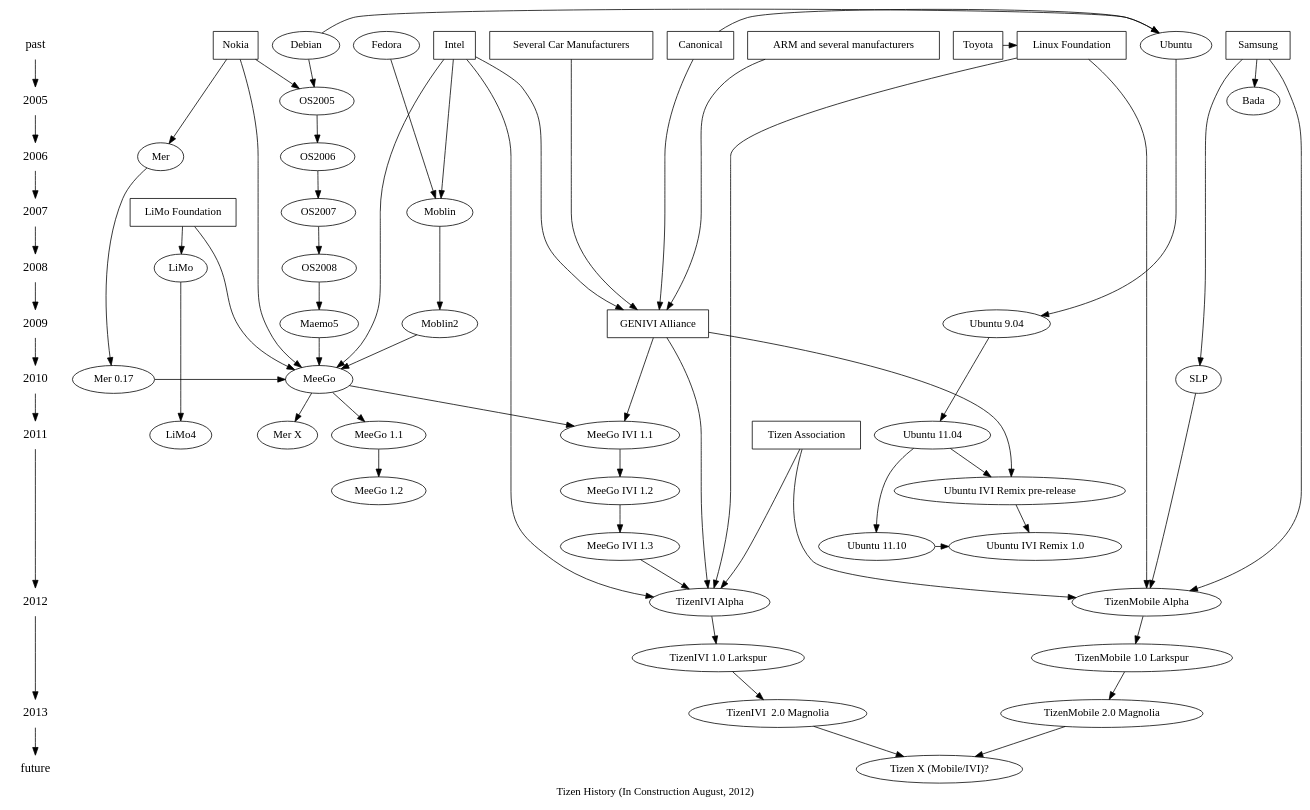
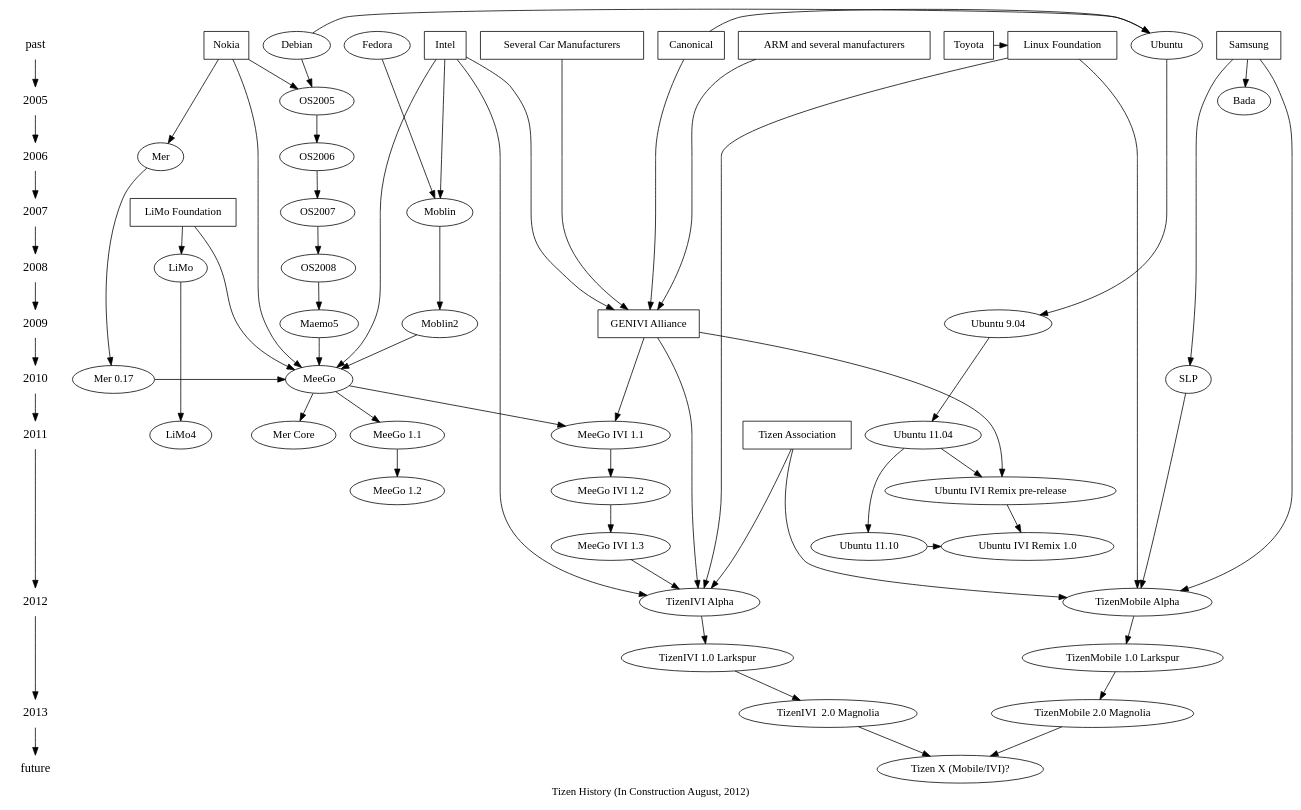
One commit to kumadasu/tizen-history changed the diagram in tizen-history.dot. Above: the diagram before and after it, drawn with Graphviz. The commit also changed 1 other file, not shown here.

Commit message:
Rename 'Mer X' to 'Mer Core'.

```diff
--- a/tizen-history.dot
+++ b/tizen-history.dot
@@ -1,87 +1,87 @@
 digraph tizenhistory {
 graph [label="Tizen History (In Construction August, 2012)"]
 /*timeline*/
 {
 	node [shape=plaintext, fontsize=16];
 	"past" -> /*1990 ->
 	1991 -> 1992 -> 1993 -> 1994 -> 1995 ->
 	1996 -> 1997 -> 1998 -> 1999 -> 2000 ->
 	2001 -> 2002 -> 2003 -> 2004 ->*/ 2005 ->
 	2006 -> 2007 -> 2008 -> 2009 -> 2010 ->
 	2011 -> 2012 -> 2013 -> "future";
 }
 
 /* Organizations */
 {
 	node [shape=box];
 	{ rank = same; "past"; "Nokia"}
 	{ rank = same; "past"; "Intel"}
 	{ rank = same; "past"; "Samsung"}
 	{ rank = same; "past"; "ARM and several manufacturers"}
 	{ rank = same; "past"; "Several Car Manufacturers"}
 	{ rank = same; "past"; "Canonical"}
 	{ rank = same; "past"; "Linux Foundation"}
 	{ rank = same; "past"; "Toyota"}
 	{ rank = same; "2007"; "LiMo Foundation"}
 	{ rank = same; "2009"; "GENIVI Alliance"}
 	{ rank = same; "2011"; "Tizen Association"} //?
 "Toyota" -> "Linux Foundation";
 "Intel" -> "GENIVI Alliance";
 "Several Car Manufacturers" -> "GENIVI Alliance";
 "ARM and several manufacturers" -> "GENIVI Alliance";
 "Canonical" -> "GENIVI Alliance";
 }
 
 /* Technologies */
 {
 	node [shape=plaintext];
 //	"HTML5";
 }
 
 /* OS */
 { rank = same; "past"; "Ubuntu"; "Fedora"; "Debian"}
 { rank = same; 2005; "OS2005"}
 { rank = same; 2006; "OS2006"}
 { rank = same; 2007; "OS2007"; "Moblin"}
 { rank = same; 2008; "OS2008"; "LiMo"}
 { rank = same; 2009; "Maemo5"; "Moblin2"; "Ubuntu 9.04"}
 { rank = same; 2010; "MeeGo"; "Mer 0.17"; "SLP"}
 { rank = same; 2011; "Ubuntu 11.04"; "LiMo4"}
 { rank = same; "Ubuntu 11.10"; "Ubuntu IVI Remix 1.0"}
 { rank = same; 2012; "TizenMobile Alpha"; "TizenIVI Alpha"};
 { rank = same; "TizenMobile 1.0 Larkspur"; "TizenIVI 1.0 Larkspur"}
 { rank = same; 2013; "TizenMobile 2.0 Magnolia"; "TizenIVI  2.0 Magnolia" }
 	"Debian" -> "Ubuntu";
 	"Debian" -> "OS2005" -> "OS2006" -> "OS2007" -> "OS2008" -> "Maemo5" -> "MeeGo";
 	"Fedora" -> "Moblin" -> "Moblin2" -> "MeeGo";
-	"Mer" -> "Mer 0.17" -> "MeeGo" -> "Mer X";
+	"Mer" -> "Mer 0.17" -> "MeeGo" -> "Mer Core";
 	"LiMo" -> "LiMo4";
 	"MeeGo" -> "MeeGo 1.1" -> "MeeGo 1.2";
 	"MeeGo" -> "MeeGo IVI 1.1" -> "MeeGo IVI 1.2" -> "MeeGo IVI 1.3" -> "TizenIVI Alpha";
 	"SLP" -> "TizenMobile Alpha";
 	"TizenMobile Alpha" -> "TizenMobile 1.0 Larkspur" -> "TizenMobile 2.0 Magnolia" -> "Tizen X (Mobile/IVI)?";
 	"TizenIVI Alpha" -> "TizenIVI 1.0 Larkspur" -> "TizenIVI  2.0 Magnolia" -> "Tizen X (Mobile/IVI)?";
 	"Ubuntu" -> "Ubuntu 9.04" -> "Ubuntu 11.04" -> "Ubuntu 11.10" -> "Ubuntu IVI Remix 1.0";
 	"Ubuntu 11.04" -> "Ubuntu IVI Remix pre-release" -> "Ubuntu IVI Remix 1.0";
 
 "Canonical" -> "Ubuntu";
 "Nokia" -> "OS2005";
 "Intel" -> "Moblin";
 "Intel" -> "MeeGo";
 "Nokia" -> "Mer";
 "Nokia" -> "MeeGo";
 //"Toyota" -> "MeeGo IVI 1.2";
 "Samsung" -> "Bada";
 "Samsung" -> "SLP";
 "Intel" -> "TizenIVI Alpha";
 "Samsung" -> "TizenMobile Alpha";
 "GENIVI Alliance" -> "MeeGo IVI 1.1";
 "GENIVI Alliance" -> "TizenIVI Alpha";
 "GENIVI Alliance" -> "Ubuntu IVI Remix pre-release";
 "LiMo Foundation" -> "LiMo";
 "LiMo Foundation" -> "MeeGo";
 "Tizen Association" -> "TizenIVI Alpha";
 "Tizen Association" -> "TizenMobile Alpha";
 "Linux Foundation" -> "TizenIVI Alpha";
 "Linux Foundation" -> "TizenMobile Alpha";
 }
```
